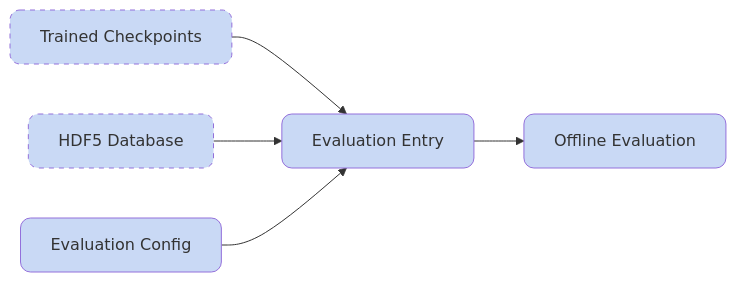
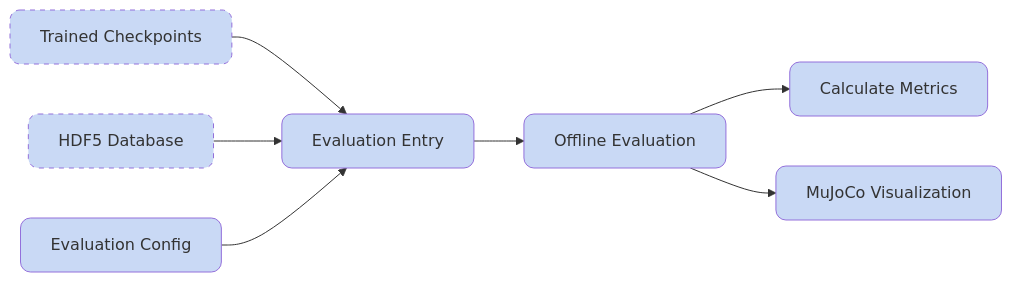
The diagram in docs/evaluate_motion_tracking.md (HorizonRobotics/HoloMotion), drawn with Mermaid before and after one commit. The commit also changed other lines of this file and 94 other files, not shown here.

````diff
--- a/docs/evaluate_motion_tracking.md
+++ b/docs/evaluate_motion_tracking.md
@@ -7,18 +7,21 @@
 ```mermaid
 flowchart LR
 A[Trained Checkpoints]
 B[HDF5 Database]
 C[Evaluation Config]
 D[Evaluation Entry]
 E[Offline Evaluation]
+F[Calculate Metrics]
+G[MuJoCo Visualization]
 
 A --> D
 B --> D
 C --> D
 D --> E
-
+E --> F
+E --> G
 classDef dashed stroke-dasharray: 5 5, rx:10, ry:10, fill:#c9d9f5
 classDef normal fill:#c9d9f5, rx:10, ry:10
 class A,B dashed
-class C,D,E normal
+class C,D,E,F,G normal
 ```
````
